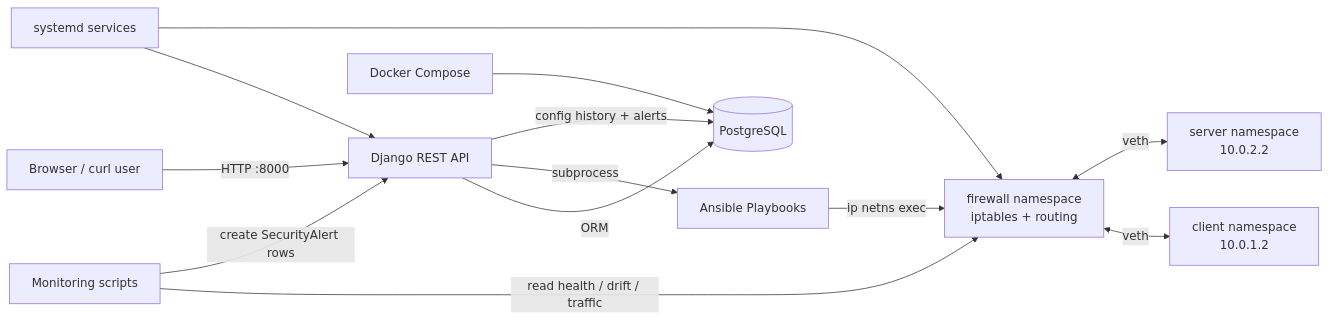
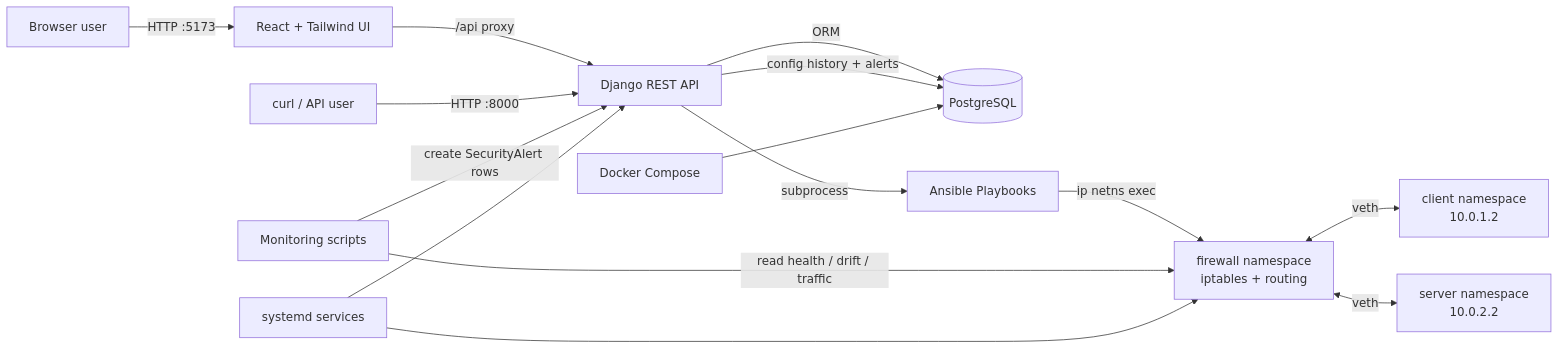
The diagram in README.md (nidhiid/NetGuardAutomator), drawn with Mermaid before and after one commit. The commit also changed other lines of this file and 12 other files, not shown here.

Commit message:
Add React Tailwind dashboard

````diff
--- a/README.md
+++ b/README.md
@@ -74,17 +76,19 @@
 ```mermaid
 flowchart LR
-    user[Browser / curl user] -->|HTTP :8000| api[Django REST API]
+    user[Browser user] -->|HTTP :5173| ui[React + Tailwind UI]
+    ui -->|/api proxy| api[Django REST API]
+    curl[curl / API user] -->|HTTP :8000| api
     api -->|ORM| db[(PostgreSQL)]
     api -->|subprocess| ansible[Ansible Playbooks]
     ansible -->|ip netns exec| firewall[firewall namespace<br/>iptables + routing]
     firewall <-->|veth| client[client namespace<br/>10.0.1.2]
     firewall <-->|veth| server[server namespace<br/>10.0.2.2]
 
     monitor[Monitoring scripts] -->|read health / drift / traffic| firewall
     monitor -->|create SecurityAlert rows| api
     api -->|config history + alerts| db
 
     systemd[systemd services] --> api
     systemd --> firewall
     docker[Docker Compose] --> db
 ```
````
